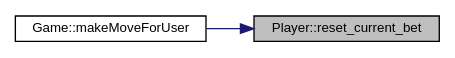
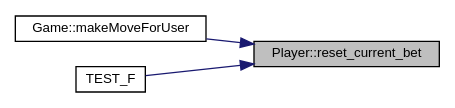
Before and after one commit to jesstyrrell/cosc345: the diagram in class_player_a715f618c366e6787c0c9b40f76d9fea8_icgraph.dot, drawn with Graphviz. The commit also changed 332 other files, not shown here.

```diff
--- a/class_player_a715f618c366e6787c0c9b40f76d9fea8_icgraph.dot
+++ b/class_player_a715f618c366e6787c0c9b40f76d9fea8_icgraph.dot
@@ -1,11 +1,13 @@
 digraph "Player::reset_current_bet"
 {
  // INTERACTIVE_SVG=YES
  // LATEX_PDF_SIZE
   edge [fontname="Helvetica",fontsize="10",labelfontname="Helvetica",labelfontsize="10"];
   node [fontname="Helvetica",fontsize="10",shape=record];
   rankdir="RL";
   Node1 [label="Player::reset_current_bet",height=0.2,width=0.4,color="black", fillcolor="grey75", style="filled", fontcolor="black",tooltip="Resets the player's current bet to zero."];
   Node1 -> Node2 [dir="back",color="midnightblue",fontsize="10",style="solid",fontname="Helvetica"];
   Node2 [label="Game::makeMoveForUser",height=0.2,width=0.4,color="black", fillcolor="white", style="filled",URL="$class_game.html#a1a44850a64799e17f43f22b560275157",tooltip="Processes a move made by the user."];
+  Node1 -> Node3 [dir="back",color="midnightblue",fontsize="10",style="solid",fontname="Helvetica"];
+  Node3 [label="TEST_F",height=0.2,width=0.4,color="black", fillcolor="white", style="filled",URL="$test___player_8cc.html#a096f18ebbdd6101c4d905f1b7c7f9ae7",tooltip=" "];
 }
```
